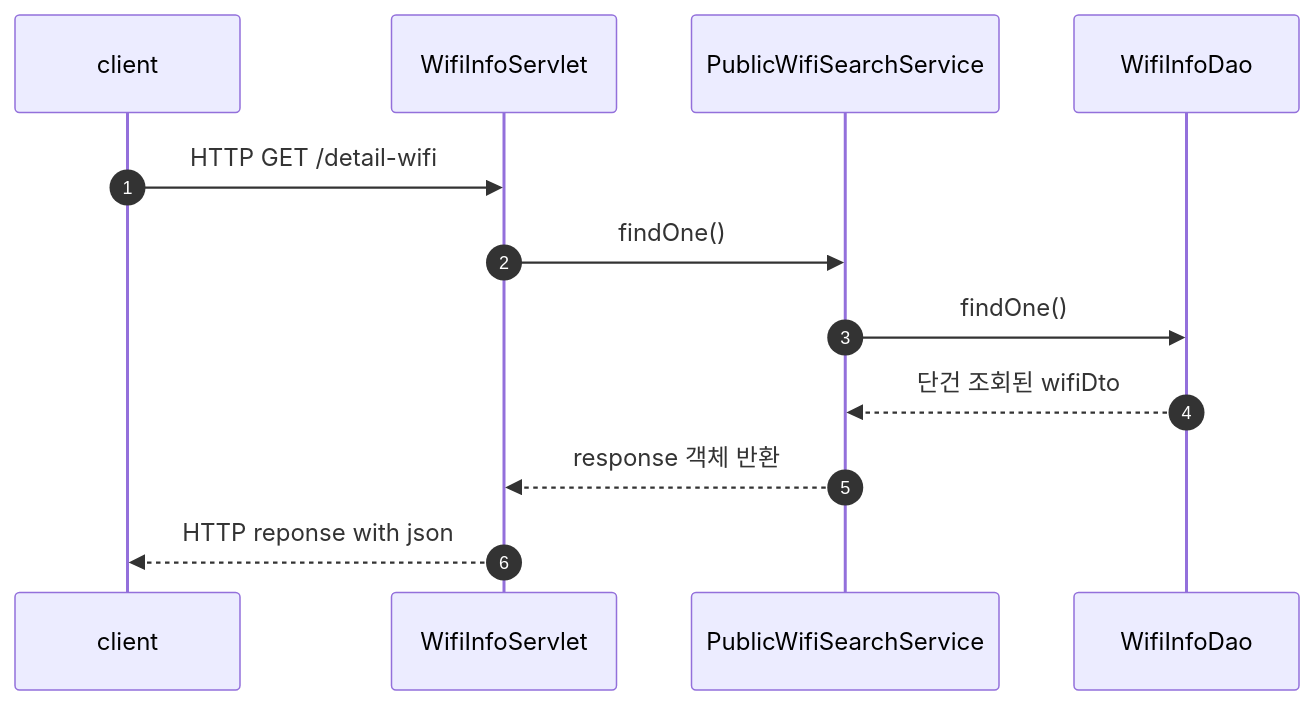
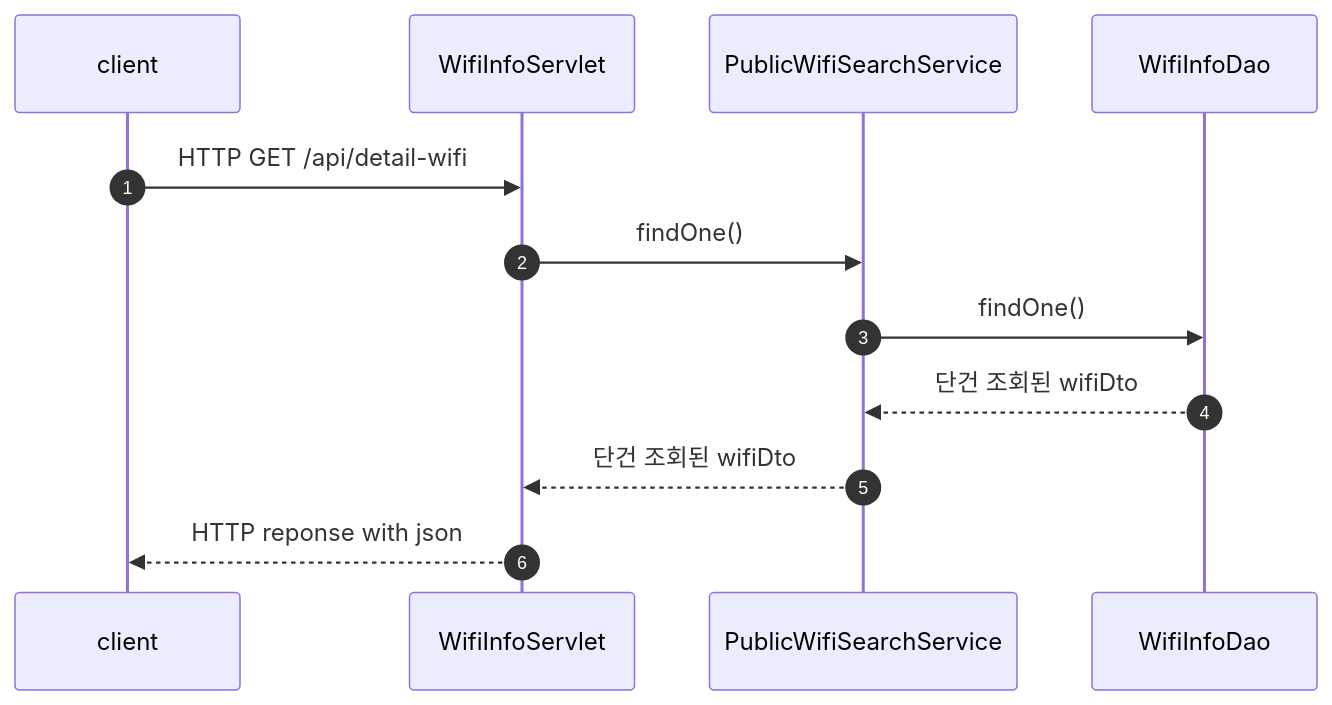
The third of 13 diagrams in readme.md (kimJH47/wifiServer), drawn with Mermaid before and after one commit. The commit also changed other lines of this file, not shown here.

Commit message:
fix: flow chart, api 명세 수정

````diff
--- a/readme.md
+++ b/readme.md
@@ -57,15 +59,15 @@
 ```mermaid
     sequenceDiagram
     autonumber
     participant client
     participant WifiInfoServlet
     participant PublicWifiSearchService
     participant WifiInfoDao
 
-    client->> WifiInfoServlet: HTTP GET /detail-wifi
+    client->> WifiInfoServlet: HTTP GET /api/detail-wifi
     WifiInfoServlet->> PublicWifiSearchService: findOne()
     PublicWifiSearchService->> WifiInfoDao: findOne()
     WifiInfoDao-->>PublicWifiSearchService: 단건 조회된 wifiDto
-    PublicWifiSearchService-->> WifiInfoServlet: response 객체 반환
+    PublicWifiSearchService-->> WifiInfoServlet: 단건 조회된 wifiDto
     WifiInfoServlet-->> client : HTTP reponse with json
 ```
````
